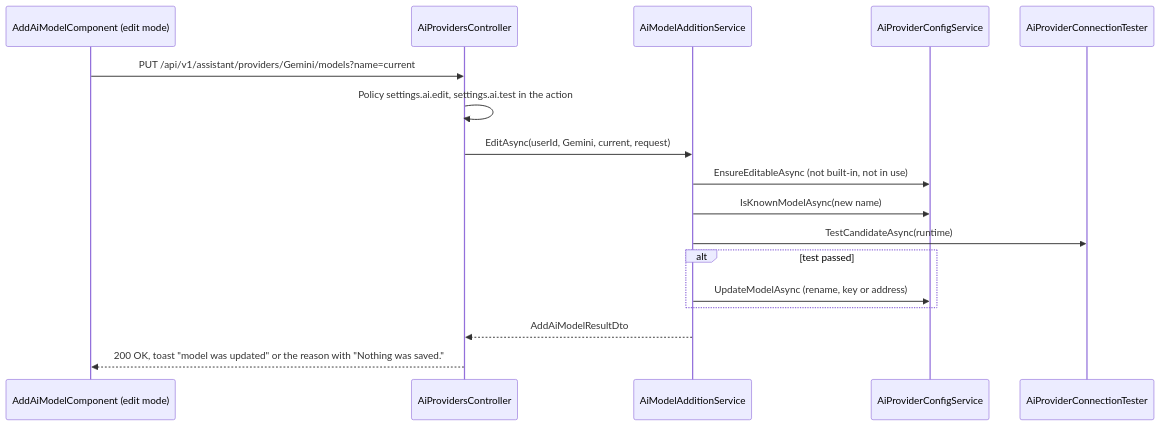
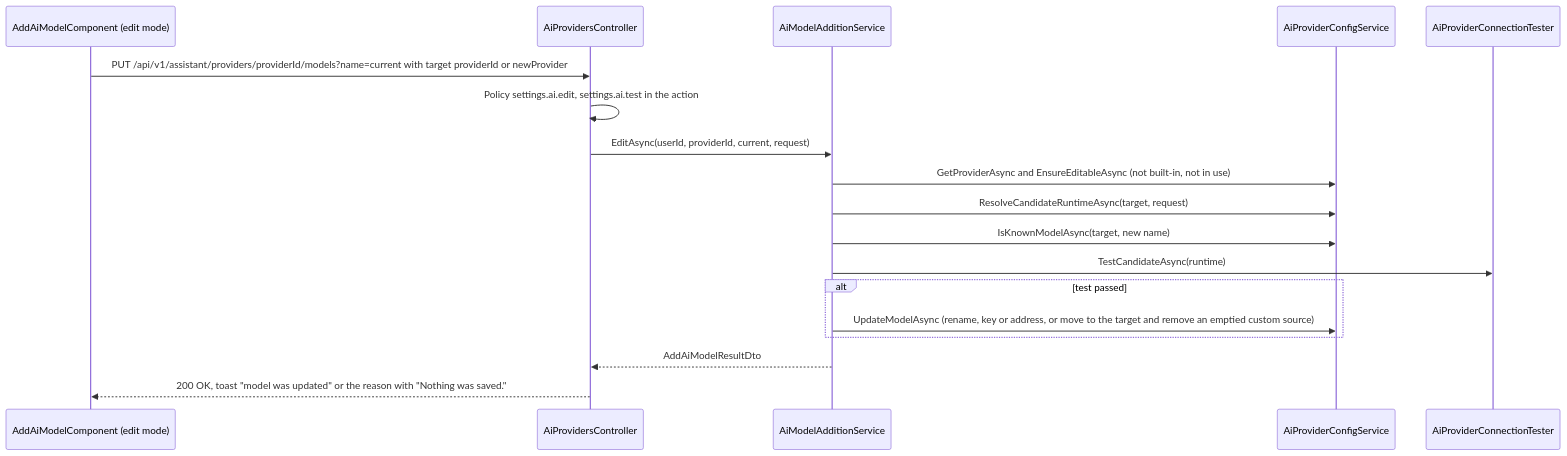
One commit to jojogeorge3344/TaskFlow-Project changed the fourth of 5 diagrams in TF - Documents/TFTechnicalWorkflow/Tech WF in MD/08-Settings/08.4-TFA-Settings.md. Above: the diagram before and after it, drawn with Mermaid. The commit also changed other lines of this file and 8 other files, not shown here.

First line of the commit message:
docs(tfa): document custom AI providers in the TFA Settings and Assistant docs

````diff
--- a/TF - Documents/TFTechnicalWorkflow/Tech WF in MD/08-Settings/08.4-TFA-Settings.md
+++ b/TF - Documents/TFTechnicalWorkflow/Tech WF in MD/08-Settings/08.4-TFA-Settings.md
@@ -266,19 +293,20 @@
 ```mermaid
 sequenceDiagram
   participant UI as AddAiModelComponent (edit mode)
   participant C as AiProvidersController
   participant M as AiModelAdditionService
   participant S as AiProviderConfigService
   participant T as AiProviderConnectionTester
-  UI->>C: PUT /api/v1/assistant/providers/Gemini/models?name=current
+  UI->>C: PUT /api/v1/assistant/providers/providerId/models?name=current with target providerId or newProvider
   C->>C: Policy settings.ai.edit, settings.ai.test in the action
-  C->>M: EditAsync(userId, Gemini, current, request)
-  M->>S: EnsureEditableAsync (not built-in, not in use)
-  M->>S: IsKnownModelAsync(new name)
+  C->>M: EditAsync(userId, providerId, current, request)
+  M->>S: GetProviderAsync and EnsureEditableAsync (not built-in, not in use)
+  M->>S: ResolveCandidateRuntimeAsync(target, request)
+  M->>S: IsKnownModelAsync(target, new name)
   M->>T: TestCandidateAsync(runtime)
   alt test passed
-    M->>S: UpdateModelAsync (rename, key or address)
+    M->>S: UpdateModelAsync (rename, key or address, or move to the target and remove an emptied custom source)
   end
   M-->>C: AddAiModelResultDto
   C-->>UI: 200 OK, toast "model was updated" or the reason with "Nothing was saved."
 ```
````
